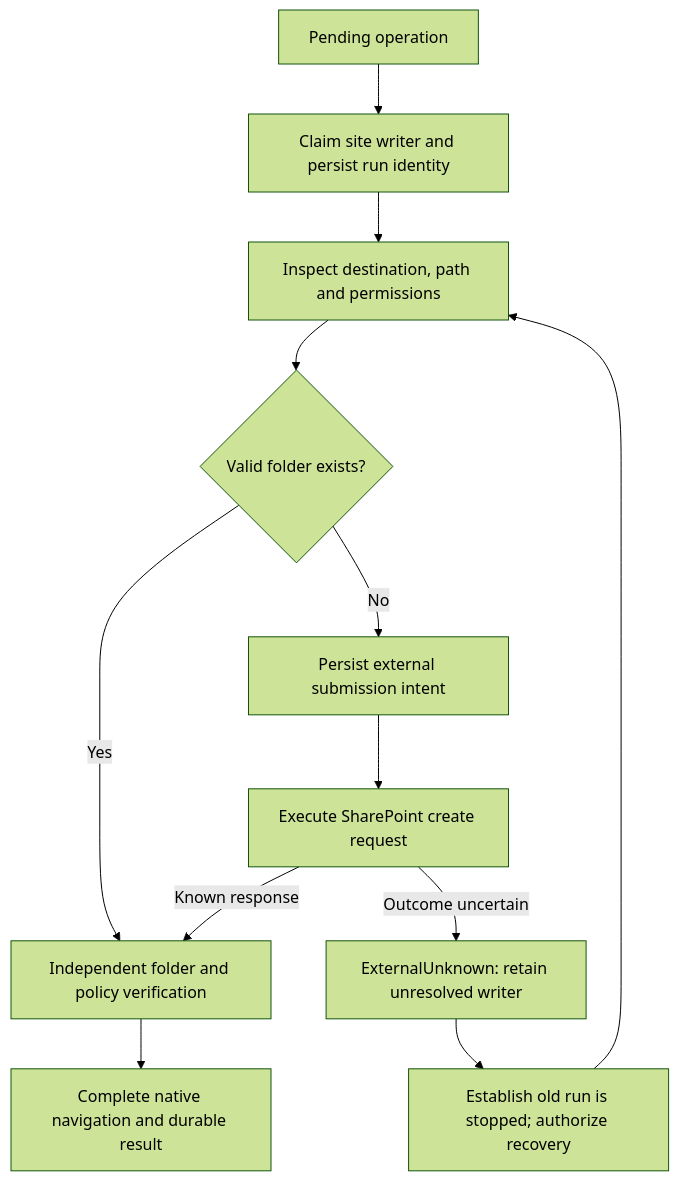
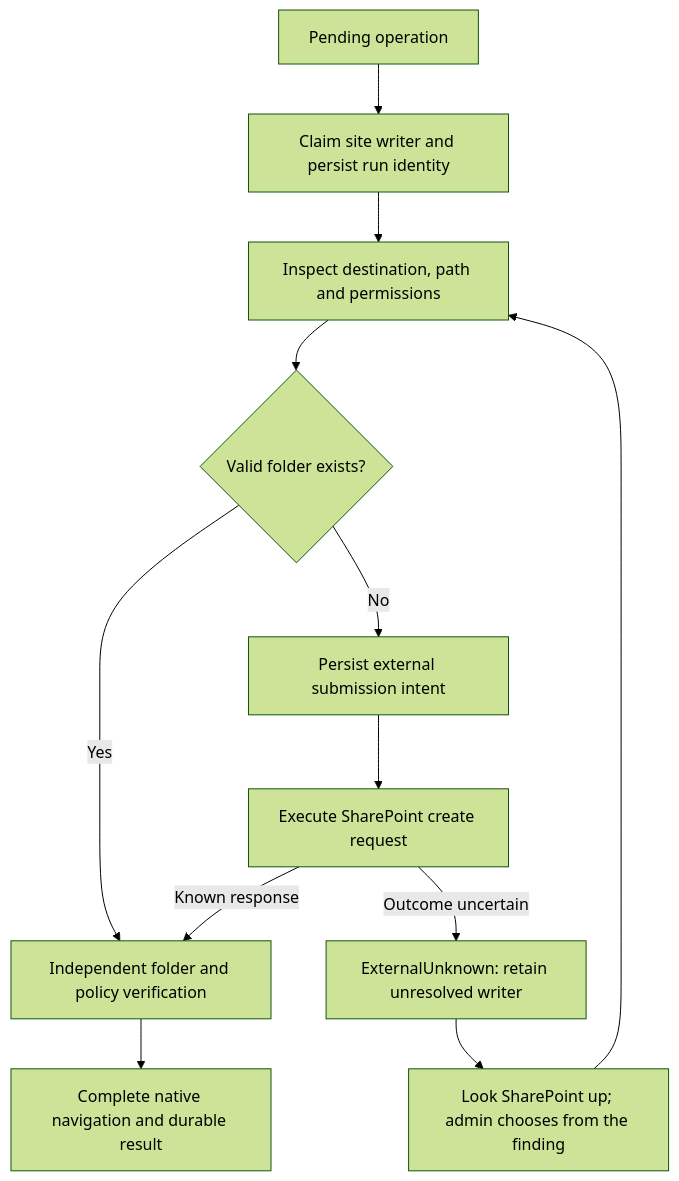
Before and after one commit to ascentix-software/Ascentix-Documents: the fifth of 6 diagrams in docs/architecture-guide.md, drawn with Mermaid (forest theme). The commit also changed 26 other files, not shown here.

Commit message:
Remove evidence-paste recovery now that Documents looks SharePoint up

````diff
--- a/docs/architecture-guide.md
+++ b/docs/architecture-guide.md
@@ -155,14 +155,14 @@
 ```mermaid
 flowchart TD
     Pending[Pending operation] --> Claim[Claim site writer and persist run identity]
     Claim --> Inspect[Inspect destination, path and permissions]
     Inspect --> Exists{Valid folder exists?}
     Exists -->|Yes| Verify[Independent folder and policy verification]
     Exists -->|No| Prepare[Persist external submission intent]
     Prepare --> Post[Execute SharePoint create request]
     Post -->|Known response| Verify
     Post -->|Outcome uncertain| Unknown[ExternalUnknown: retain unresolved writer]
-    Unknown --> Recovery[Establish old run is stopped; authorize recovery]
+    Unknown --> Recovery[Look SharePoint up; admin chooses from the finding]
     Recovery --> Inspect
     Verify --> Complete[Complete native navigation and durable result]
 ```
````
